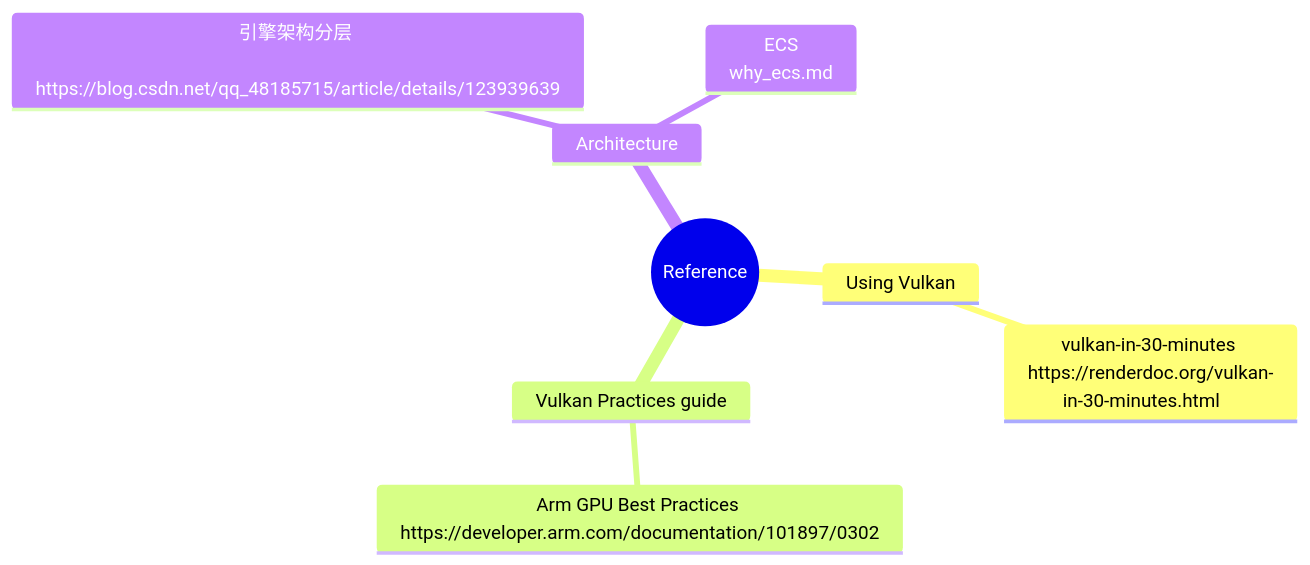
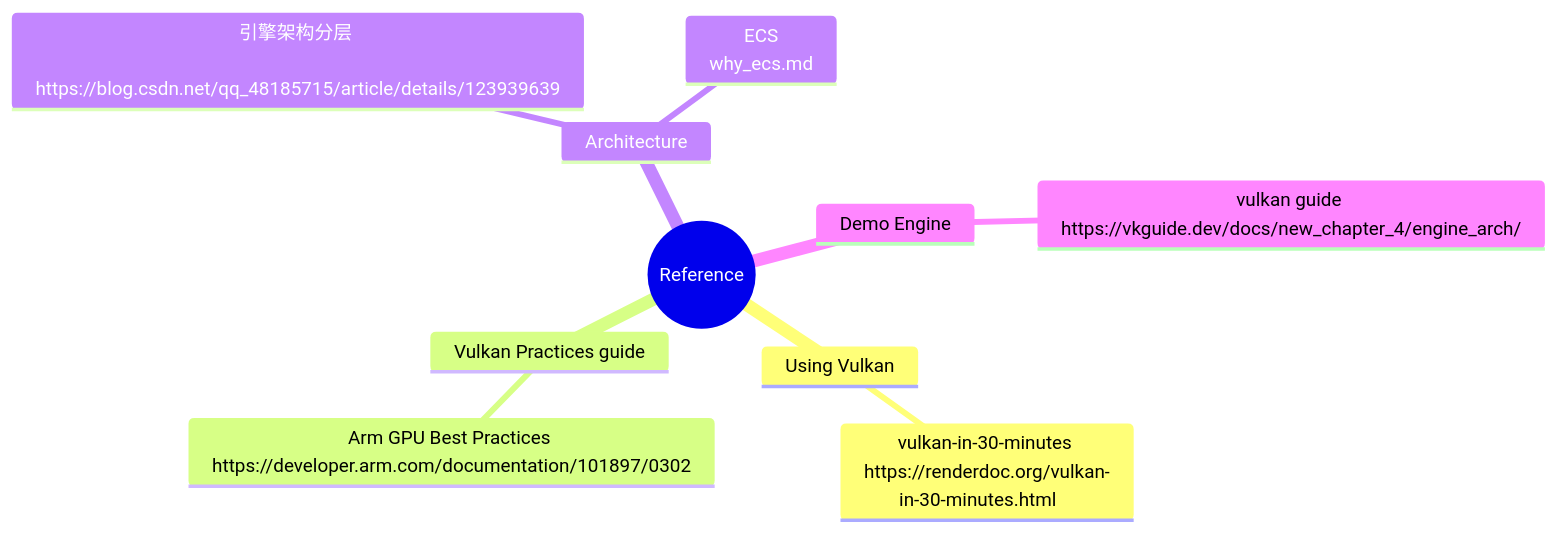
Before and after one commit to wegatron/mangov0: the diagram in doc/overview.md, drawn with Mermaid. The commit also changed 4 other files, not shown here.

````diff
--- a/doc/overview.md
+++ b/doc/overview.md
@@ -28,11 +28,13 @@
 ```mermaid
 mindmap
   root((Reference))
     Using Vulkan
       vulkan-in-30-minutes https://renderdoc.org/vulkan-in-30-minutes.html    
     Vulkan Practices guide
       Arm GPU Best Practices https://developer.arm.com/documentation/101897/0302
     Architecture
         引擎架构分层 <br> https://blog.csdn.net/qq_48185715/article/details/123939639
         ECS <br> why_ecs.md
+    Demo Engine
+        vulkan guide https://vkguide.dev/docs/new_chapter_4/engine_arch/
 ```
````
